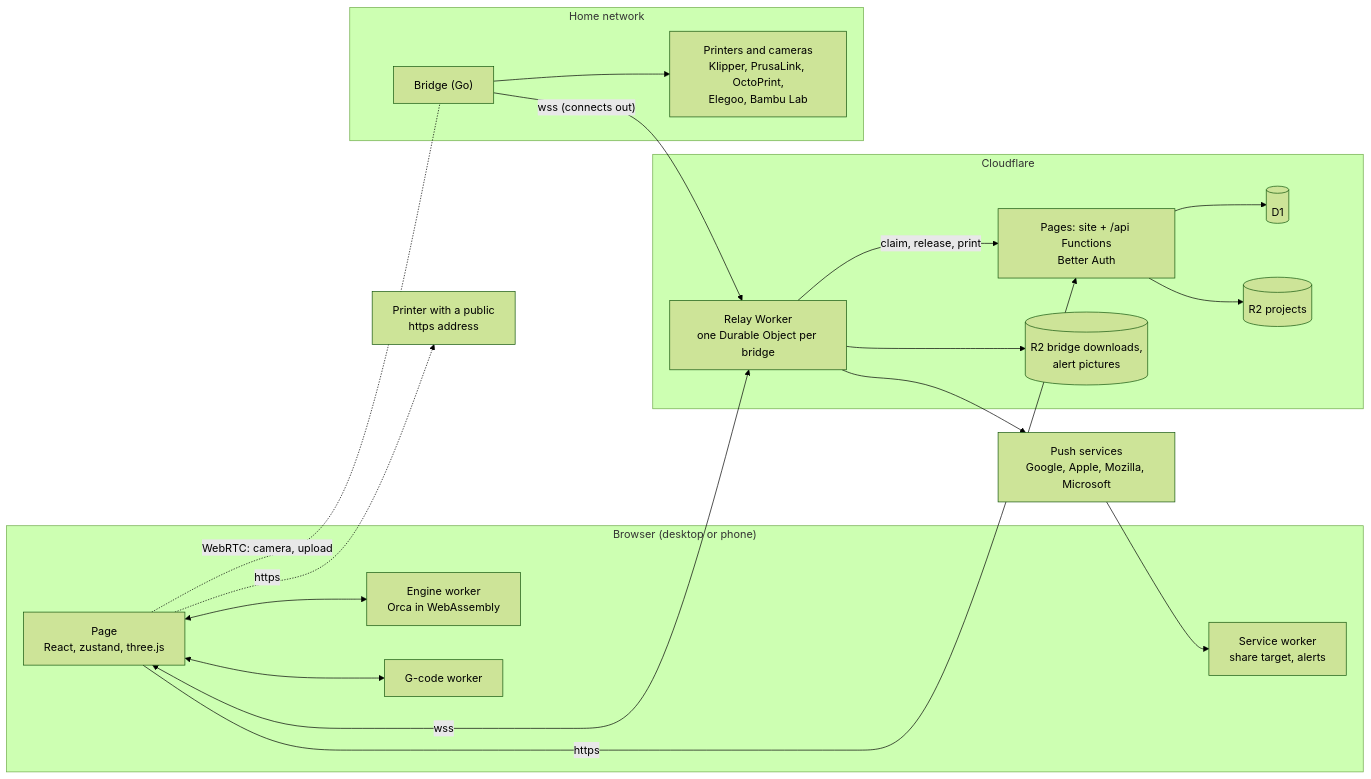
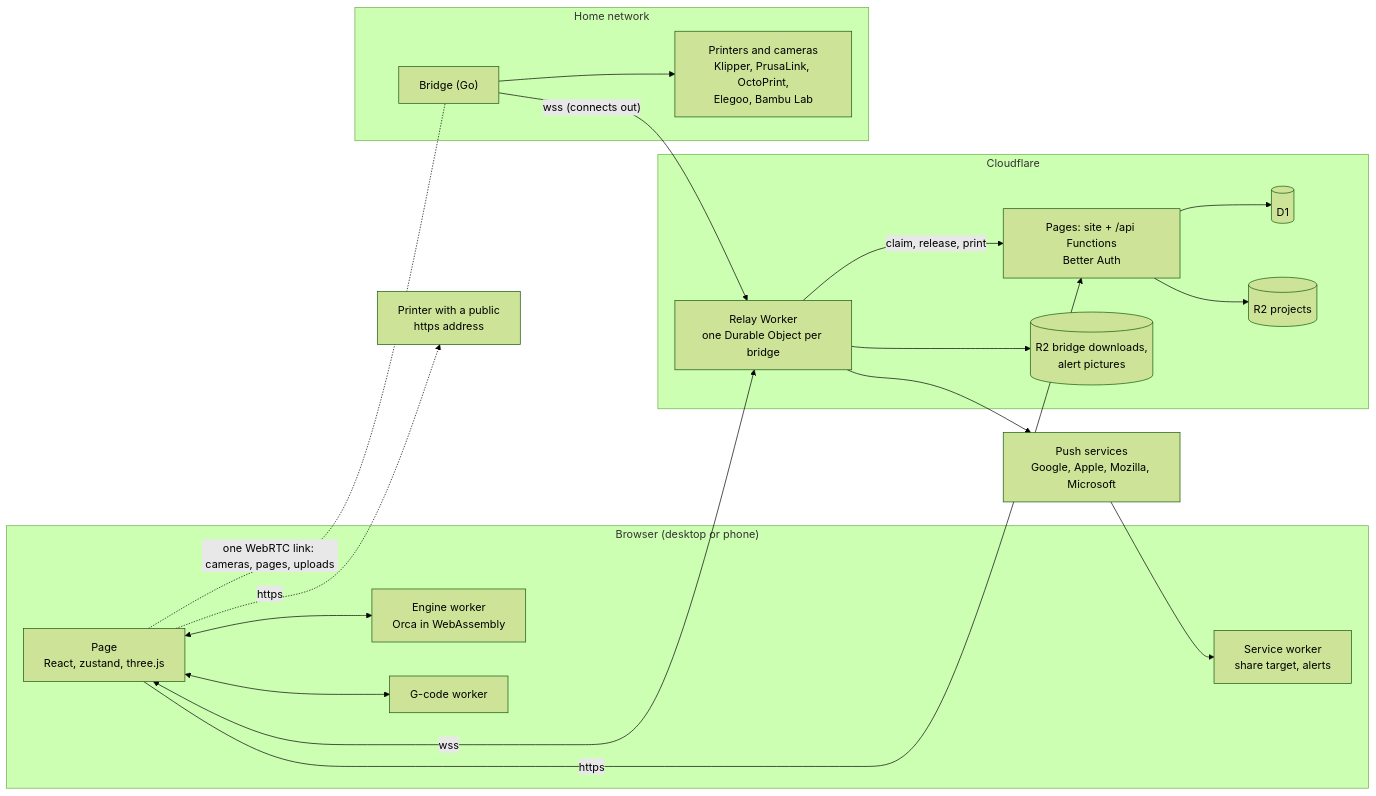
The diagram in docs/ARCHITECTURE.md (nissy34/cloud-slicer), drawn with Mermaid (forest theme) before and after one commit. The commit also changed 23 other files, not shown here.

First line of the commit message:
Device tab: one shared direct link per bridge for cameras, pages and uploads

````diff
--- a/docs/ARCHITECTURE.md
+++ b/docs/ARCHITECTURE.md
@@ -22,36 +22,36 @@
 ```mermaid
 flowchart LR
   subgraph B["Browser (desktop or phone)"]
     page["Page<br/>React, zustand, three.js"]
     eng["Engine worker<br/>Orca in WebAssembly"]
     gw["G-code worker"]
     sw["Service worker<br/>share target, alerts"]
   end
   subgraph CF["Cloudflare"]
     pages["Pages: site + /api Functions<br/>Better Auth"]
     d1[("D1")]
     r2p[("R2 projects")]
     relay["Relay Worker<br/>one Durable Object per bridge"]
     r2b[("R2 bridge downloads,<br/>alert pictures")]
   end
   subgraph H["Home network"]
     bridge["Bridge (Go)"]
     printers["Printers and cameras<br/>Klipper, PrusaLink, OctoPrint,<br/>Elegoo, Bambu Lab"]
   end
   push["Push services<br/>Google, Apple, Mozilla, Microsoft"]
   direct["Printer with a public<br/>https address"]
 
   page <--> eng
   page <--> gw
   page -- https --> pages
   pages --> d1
   pages --> r2p
   page <-- wss --> relay
   bridge -- "wss (connects out)" --> relay
   relay --> r2b
   relay -- "claim, release, print" --> pages
   bridge --> printers
-  page -. "WebRTC: camera, upload" .- bridge
+  page -. "one WebRTC link: cameras, pages, uploads" .- bridge
   page -. https .-> direct
   relay --> push --> sw
 ```
````
